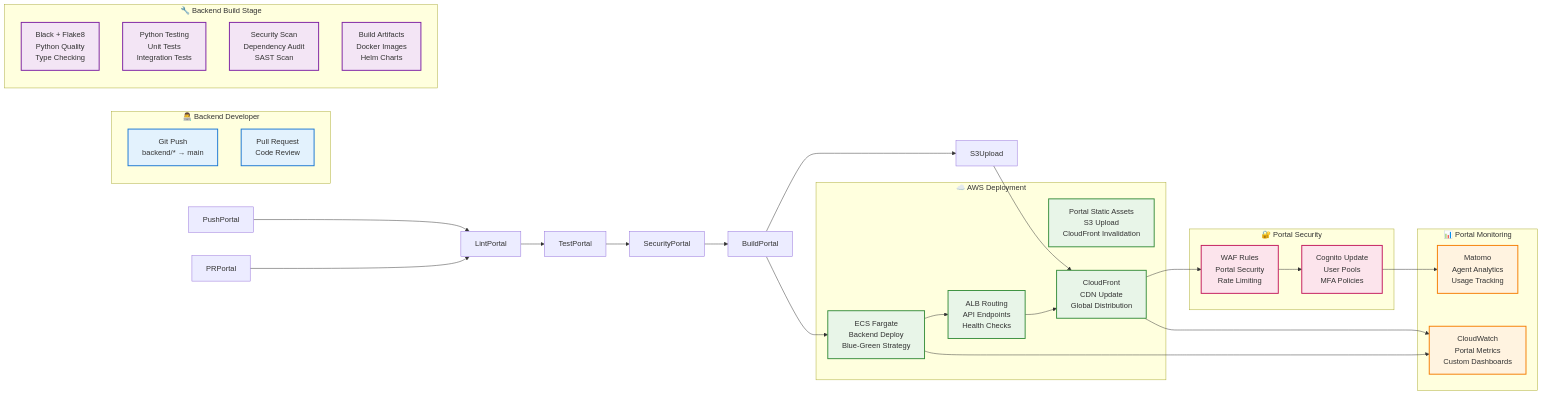
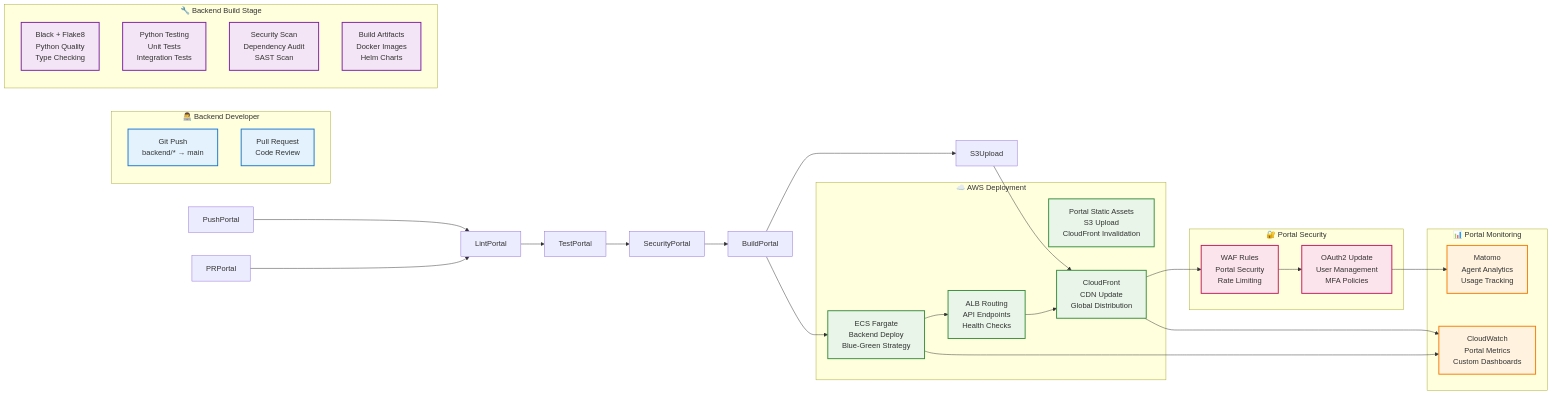
One commit to manizvlabs/agentmitra changed diagram 11 of 18 in discovery/deployment-design.md. Above: the diagram before and after it, drawn with Mermaid. The commit also changed other lines of this file, not shown here.

First line of the commit message:
fix: replace all Amazon Cognito and Firebase Auth references with Custom OAuth2/JWT Service

````diff
--- a/discovery/deployment-design.md
+++ b/discovery/deployment-design.md
@@ -1741,67 +1741,67 @@
 ```mermaid
 graph LR
     subgraph "👨‍💻 Backend Developer"
         PushBackend[Git Push<br/>backend/* → main]
         PRBackend[Pull Request<br/>Code Review]
     end
 
     subgraph "🔧 Backend Build Stage"
         LintBackend[Black + Flake8<br/>Python Quality<br/>Type Checking]
         TestBackend[Python Testing<br/>Unit Tests<br/>Integration Tests]
         SecurityBackend[Security Scan<br/>Dependency Audit<br/>SAST Scan]
         BuildBackend[Build Artifacts<br/>Docker Images<br/>Helm Charts]
     end
 
     subgraph "☁️ AWS Deployment"
         ECSDeploy[ECS Fargate<br/>Backend Deploy<br/>Blue-Green Strategy]
         ALBRoute[ALB Routing<br/>API Endpoints<br/>Health Checks]
         PortalDeploy[Portal Static Assets<br/>S3 Upload<br/>CloudFront Invalidation]
         CDNUpdate[CloudFront<br/>CDN Update<br/>Global Distribution]
     end
 
     subgraph "🔐 Portal Security"
-        CognitoAuth[Cognito Update<br/>User Pools<br/>MFA Policies]
+        OAuth2Auth[OAuth2 Update<br/>User Management<br/>MFA Policies]
         WAFUpdate[WAF Rules<br/>Portal Security<br/>Rate Limiting]
     end
 
     subgraph "📊 Portal Monitoring"
         CloudWatch[CloudWatch<br/>Portal Metrics<br/>Custom Dashboards]
         Matomo[Matomo<br/>Agent Analytics<br/>Usage Tracking]
     end
 
     %% Flow connections
     PushPortal --> LintPortal
     PRPortal --> LintPortal
 
     LintPortal --> TestPortal
     TestPortal --> SecurityPortal
     SecurityPortal --> BuildPortal
 
     BuildPortal --> S3Upload
     BuildPortal --> ECSDeploy
 
     S3Upload --> CDNUpdate
     ECSDeploy --> ALBRoute
 
     ALBRoute --> CDNUpdate
 
     CDNUpdate --> WAFUpdate
-    WAFUpdate --> CognitoAuth
+    WAFUpdate --> OAuth2Auth
 
     CDNUpdate --> CloudWatch
     ECSDeploy --> CloudWatch
-    CognitoAuth --> Matomo
+    OAuth2Auth --> Matomo
 
     %% Styling
     classDef dev fill:#e3f2fd,stroke:#1976d2,stroke-width:2px
     classDef build fill:#f3e5f5,stroke:#7b1fa2,stroke-width:2px
     classDef aws fill:#e8f5e8,stroke:#388e3c,stroke-width:2px
     classDef security fill:#fce4ec,stroke:#c2185b,stroke-width:2px
     classDef monitoring fill:#fff3e0,stroke:#f57c00,stroke-width:2px
 
     class PushBackend,PRBackend dev
     class LintBackend,TestBackend,SecurityBackend,BuildBackend build
     class ECSDeploy,ALBRoute,PortalDeploy,CDNUpdate aws
-    class CognitoAuth,WAFUpdate security
+    class OAuth2Auth,WAFUpdate security
     class CloudWatch,Matomo monitoring
 ```
````
